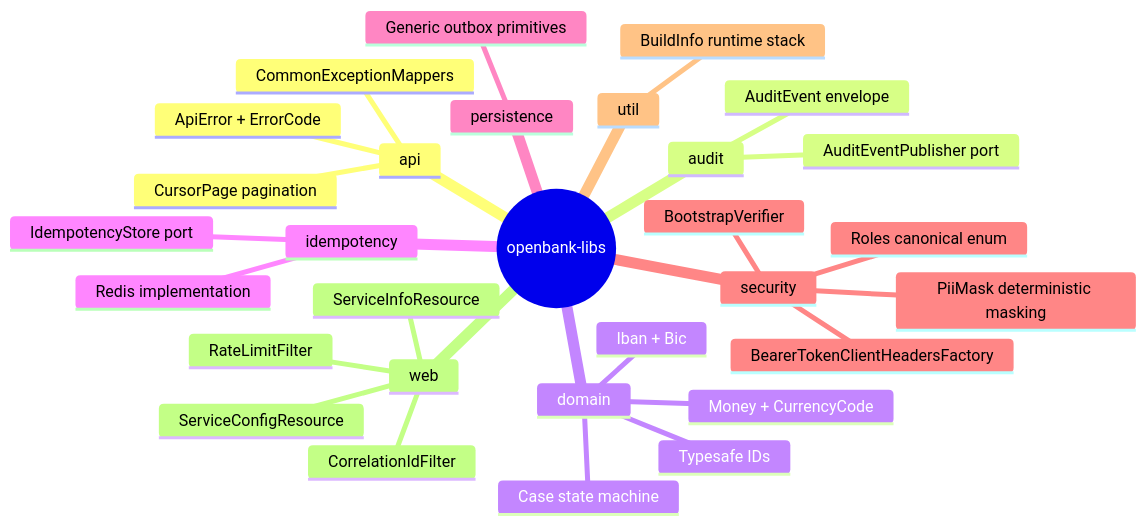
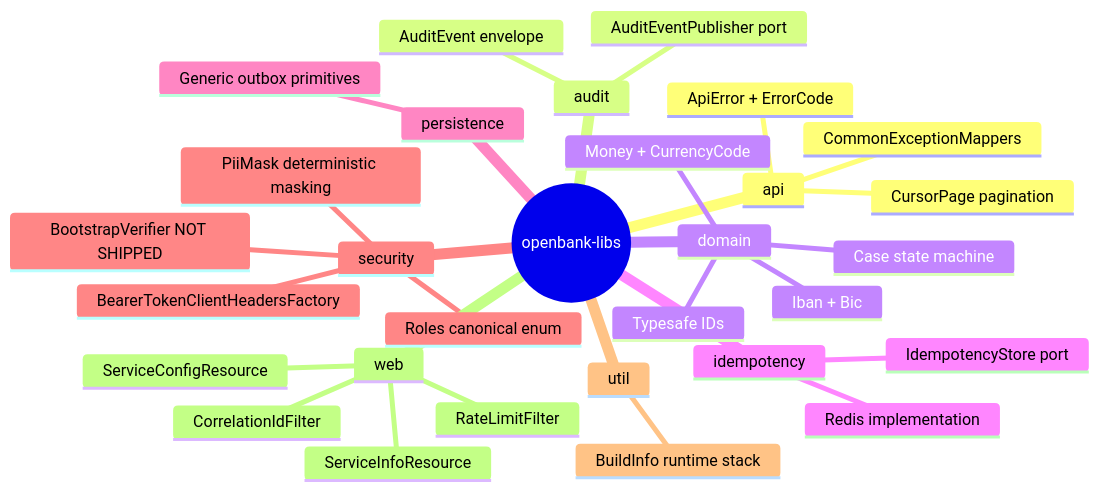
Before and after one commit to JiRaska/open-bank-oss: the diagram in openbank-libs/docs/01-overview.en.md, drawn with Mermaid. The commit also changed other lines of this file and 11 other files, not shown here.

````diff
--- a/openbank-libs/docs/01-overview.en.md
+++ b/openbank-libs/docs/01-overview.en.md
@@ -32,33 +32,33 @@
 ```mermaid
 mindmap
   root((openbank-libs))
     api
       ApiError + ErrorCode
       CursorPage pagination
       CommonExceptionMappers
     audit
       AuditEvent envelope
       AuditEventPublisher port
     domain
       Money + CurrencyCode
       Iban + Bic
       Case state machine
       Typesafe IDs
     idempotency
       IdempotencyStore port
       Redis implementation
     persistence
       Generic outbox primitives
     security
       PiiMask deterministic masking
       Roles canonical enum
-      BootstrapVerifier
+      BootstrapVerifier NOT SHIPPED
       BearerTokenClientHeadersFactory
     util
       BuildInfo runtime stack
     web
       CorrelationIdFilter
       RateLimitFilter
       ServiceInfoResource
       ServiceConfigResource
 ```
````
